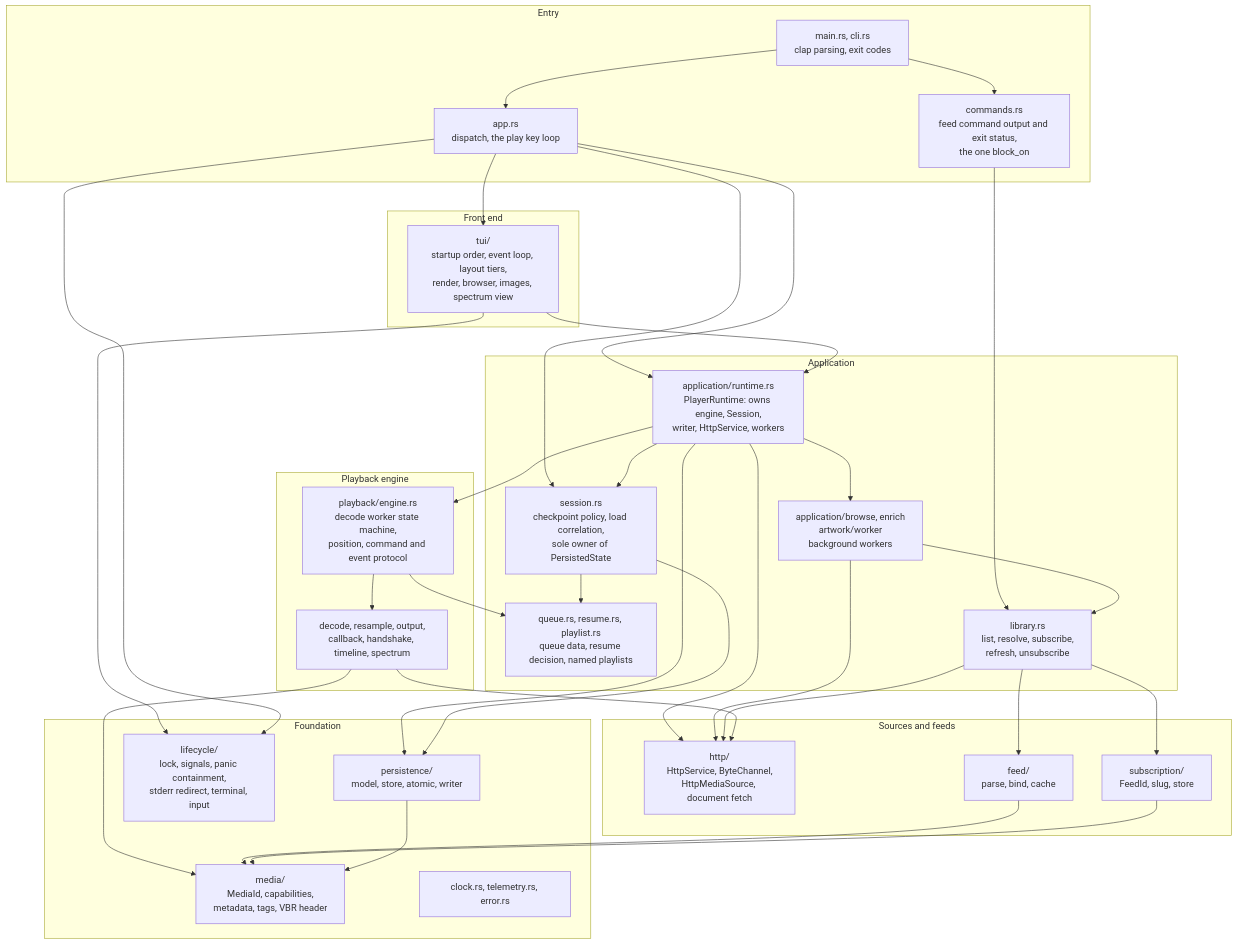
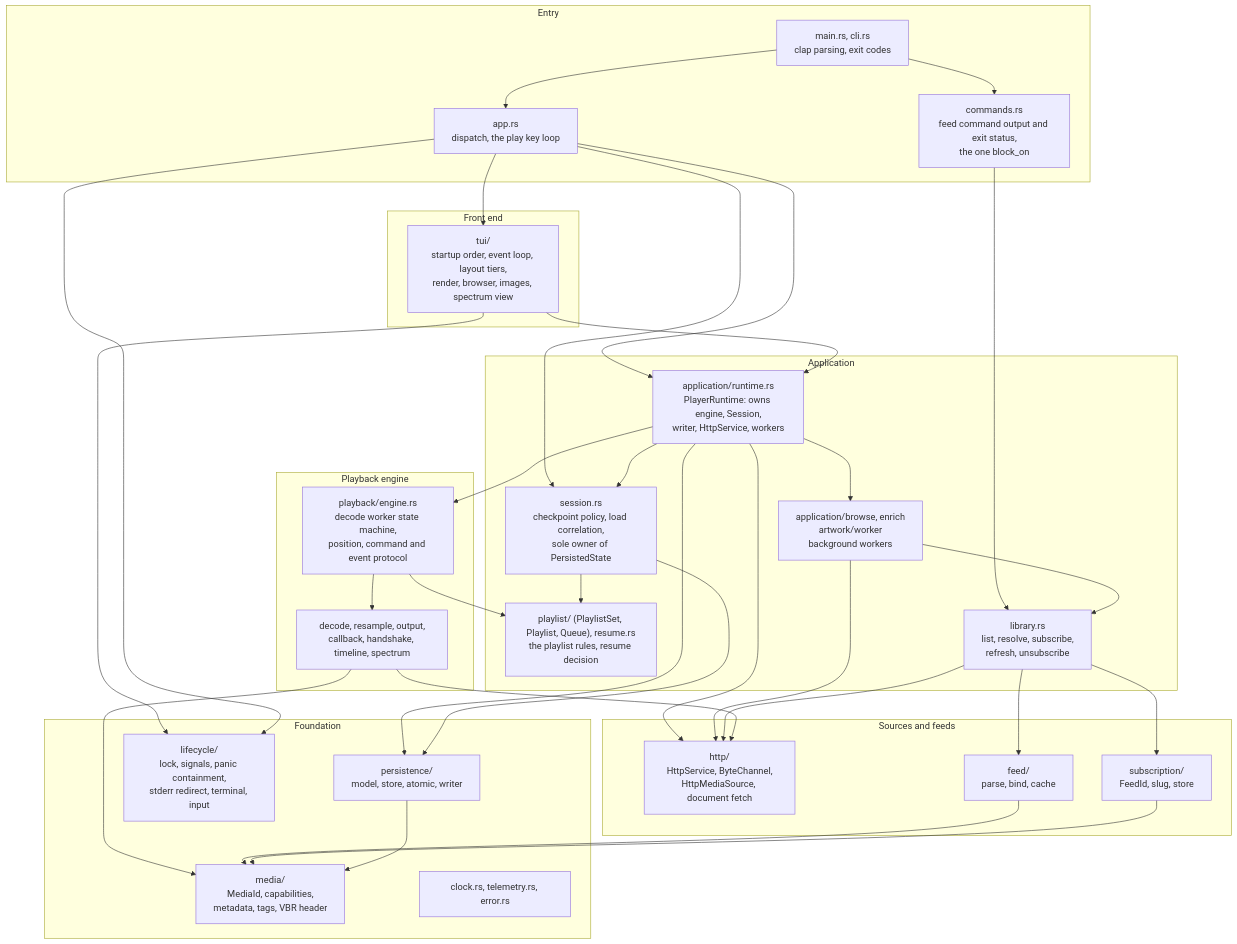
The third of 5 diagrams in docs/architecture.md (alvytsk/tenuto), drawn with Mermaid before and after one commit. The commit also changed other lines of this file and 32 other files, not shown here.

First line of the commit message:
refactor(m9.1): PlaylistSet owns the playlist rules (#31)

````diff
--- a/docs/architecture.md
+++ b/docs/architecture.md
@@ -106,67 +106,67 @@
 ```mermaid
 flowchart TB
     subgraph entry["Entry"]
         main["main.rs, cli.rs<br/>clap parsing, exit codes"]
         app["app.rs<br/>dispatch, the play key loop"]
         commands["commands.rs<br/>feed command output and exit status,<br/>the one block_on"]
     end
 
     subgraph front["Front end"]
         tui["tui/<br/>startup order, event loop, layout tiers,<br/>render, browser, images, spectrum view"]
     end
 
     subgraph appl["Application"]
         runtime["application/runtime.rs<br/>PlayerRuntime: owns engine, Session,<br/>writer, HttpService, workers"]
         session["session.rs<br/>checkpoint policy, load correlation,<br/>sole owner of PersistedState"]
-        queue["queue.rs, resume.rs, playlist.rs<br/>queue data, resume decision, named playlists"]
+        queue["playlist/ (PlaylistSet, Playlist, Queue), resume.rs<br/>the playlist rules, resume decision"]
         library["library.rs<br/>list, resolve, subscribe,<br/>refresh, unsubscribe"]
         workers["application/browse, enrich<br/>artwork/worker<br/>background workers"]
     end
 
     subgraph engine["Playback engine"]
         eng["playback/engine.rs<br/>decode worker state machine,<br/>position, command and event protocol"]
         pipe["decode, resample, output,<br/>callback, handshake, timeline, spectrum"]
     end
 
     subgraph sources["Sources and feeds"]
         http["http/<br/>HttpService, ByteChannel,<br/>HttpMediaSource, document fetch"]
         feed["feed/<br/>parse, bind, cache"]
         subscr["subscription/<br/>FeedId, slug, store"]
     end
 
     subgraph base["Foundation"]
         media["media/<br/>MediaId, capabilities,<br/>metadata, tags, VBR header"]
         persist["persistence/<br/>model, store, atomic, writer"]
         lifecycle["lifecycle/<br/>lock, signals, panic containment,<br/>stderr redirect, terminal, input"]
         clock["clock.rs, telemetry.rs, error.rs"]
     end
 
     main --> app
     main --> commands
     app --> tui
     app --> runtime
     app --> session
     commands --> library
     tui --> runtime
     runtime --> session
     runtime --> eng
     runtime --> http
     runtime --> workers
     runtime --> persist
     workers --> library
     workers --> http
     session --> queue
     session --> persist
     library --> feed
     library --> subscr
     library --> http
     eng --> pipe
     eng --> queue
     pipe --> http
     pipe --> media
     feed --> media
     subscr --> media
     persist --> media
     tui --> lifecycle
     app --> lifecycle
 ```
````
